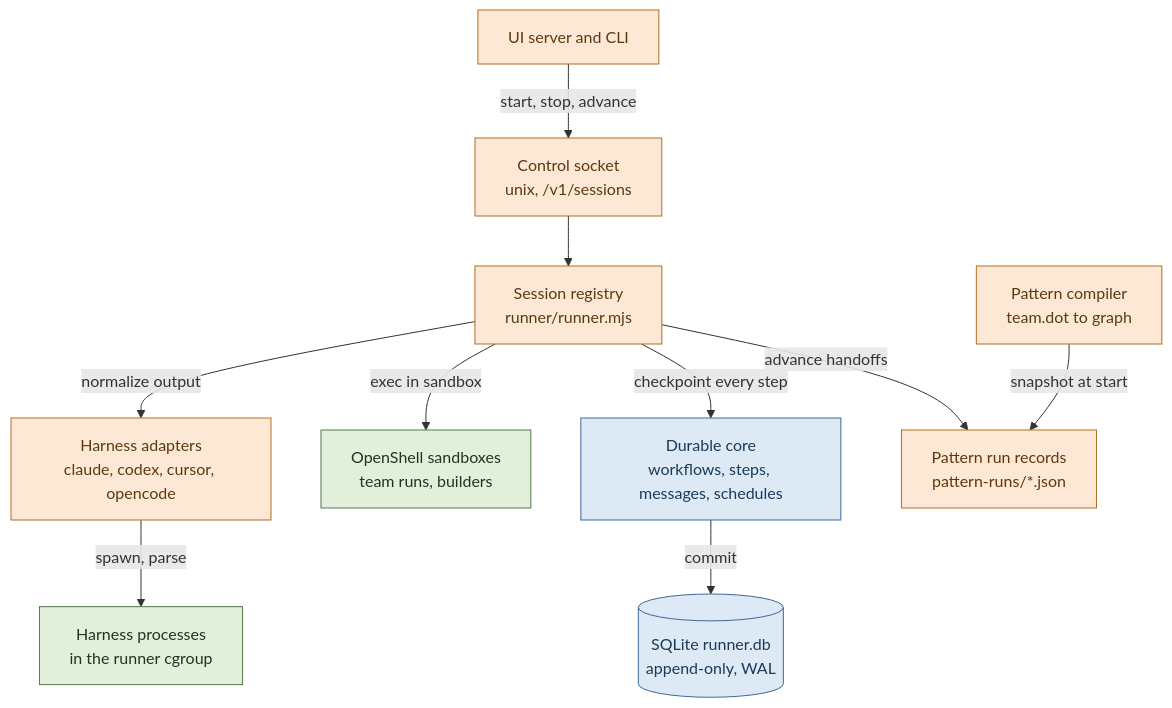
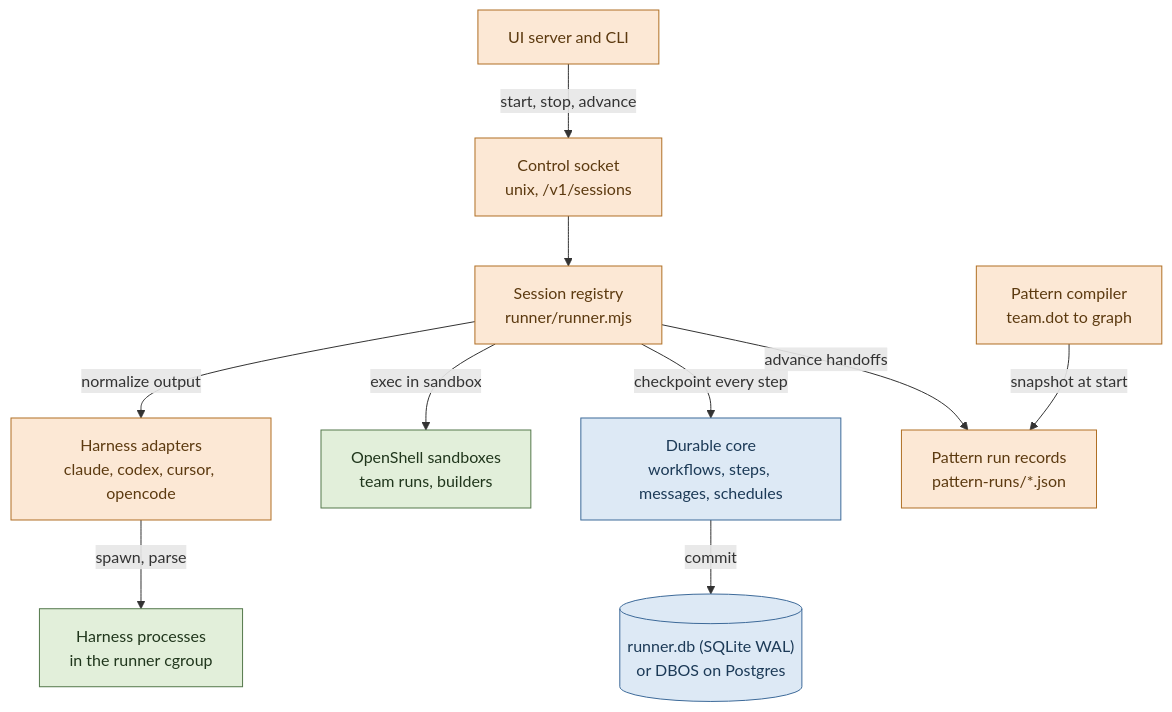
One commit to bcmyguest/ai-collab changed the third of 3 diagrams in docs/architecture-diagrams.md. Above: the diagram before and after it, drawn with Mermaid. The commit also changed other lines of this file and 29 other files, not shown here.

````diff
--- a/docs/architecture-diagrams.md
+++ b/docs/architecture-diagrams.md
@@ -100,38 +107,38 @@
 ```mermaid
 flowchart TD
   classDef shelf fill:#e2efda,stroke:#54784b,color:#20361c
   classDef hybrid fill:#dde9f5,stroke:#3d6a99,color:#1c3a57
   classDef own fill:#fce8d5,stroke:#b06f24,color:#5c3a10
 
   callers["UI server and CLI"]
   ctl["Control socket<br/>unix, /v1/sessions"]
   reg["Session registry<br/>runner/runner.mjs"]
   ad["Harness adapters<br/>claude, codex, cursor, opencode"]
   proc["Harness processes<br/>in the runner cgroup"]
   shell["OpenShell sandboxes<br/>team runs, builders"]
   dur["Durable core<br/>workflows, steps, messages, schedules"]
   pat["Pattern compiler<br/>team.dot to graph"]
   runs["Pattern run records<br/>pattern-runs/*.json"]
-  db[("SQLite runner.db<br/>append-only, WAL")]
+  db[("runner.db (SQLite WAL)<br/>or DBOS on Postgres")]
 
   callers -- "start, stop, advance" --> ctl
   ctl --> reg
   reg -- "normalize output" --> ad
   ad -- "spawn, parse" --> proc
   reg -- "exec in sandbox" --> shell
   reg -- "checkpoint every step" --> dur
   pat -- "snapshot at start" --> runs
   reg -- "advance handoffs" --> runs
   dur -- "commit" --> db
 
   class proc shelf
   class shell shelf
   class db hybrid
   class dur hybrid
   class callers own
   class ctl own
   class reg own
   class ad own
   class pat own
   class runs own
 ```
````
